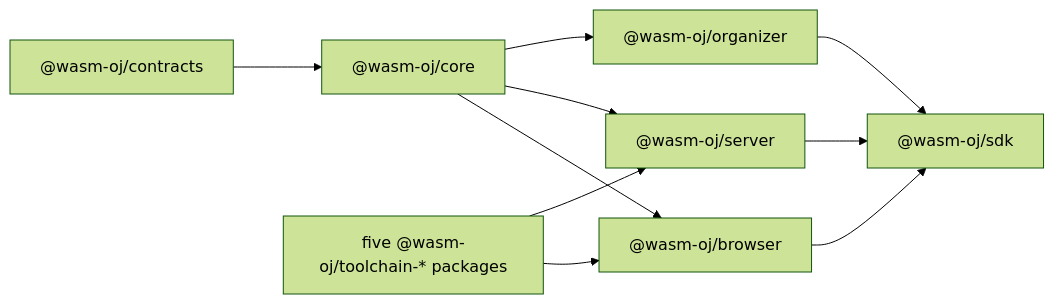
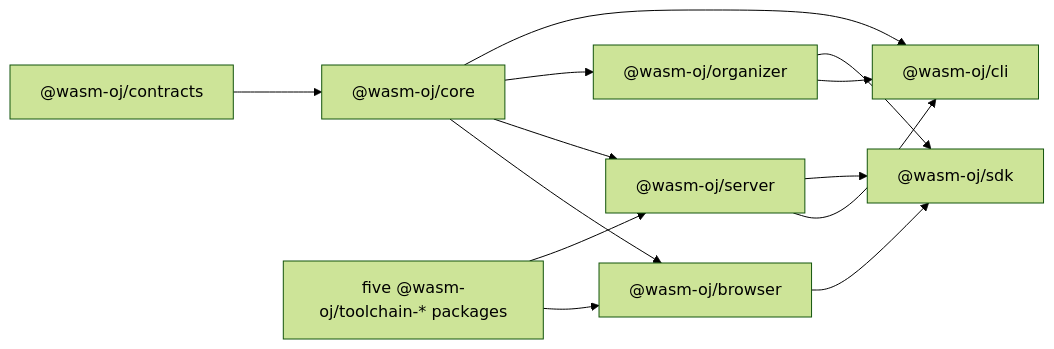
The first of 2 diagrams in docs/architecture.md (wasm-oj/forge), drawn with Mermaid (forest theme) before and after one commit. The commit also changed other lines of this file and 103 other files, not shown here.

````diff
--- a/docs/architecture.md
+++ b/docs/architecture.md
@@ -5,12 +5,15 @@
 ```mermaid
 flowchart LR
   CT["@wasm-oj/contracts"] --> CO["@wasm-oj/core"]
   CO --> BR["@wasm-oj/browser"]
   CO --> SE["@wasm-oj/server"]
   CO --> OR["@wasm-oj/organizer"]
+  CO --> CLI["@wasm-oj/cli"]
+  SE --> CLI
+  OR --> CLI
   BR --> SDK["@wasm-oj/sdk"]
   SE --> SDK
   OR --> SDK
   TC["five @wasm-oj/toolchain-* packages"] --> BR
   TC --> SE
 ```
````
